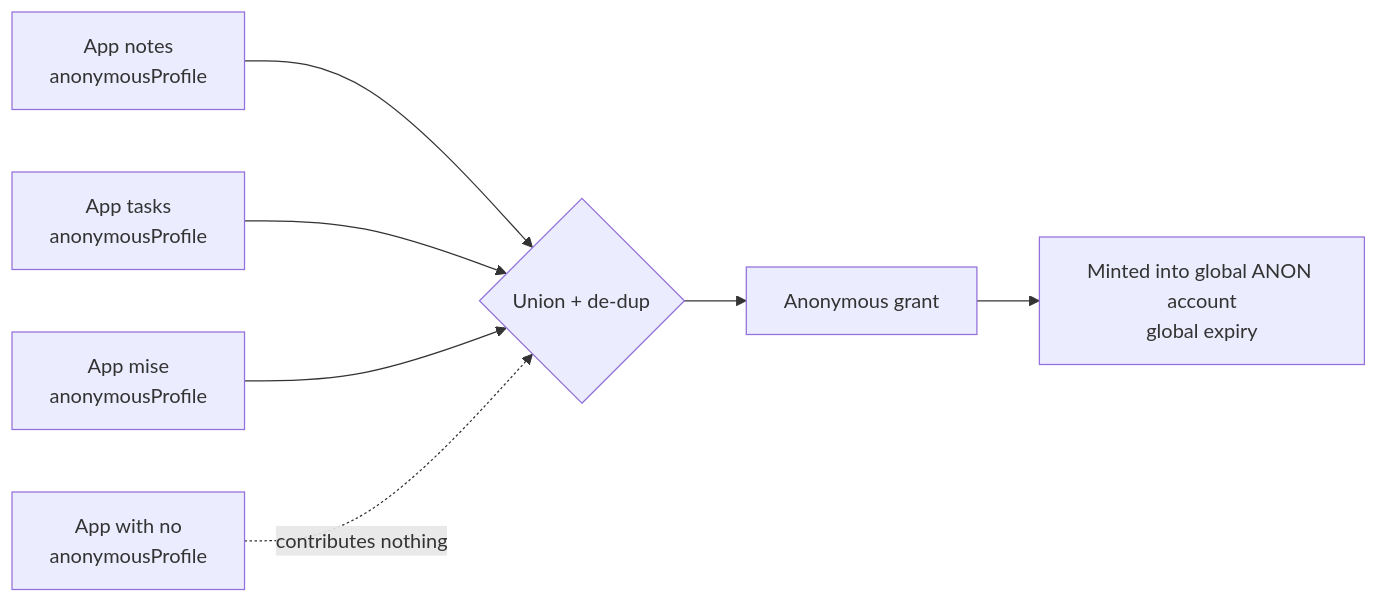
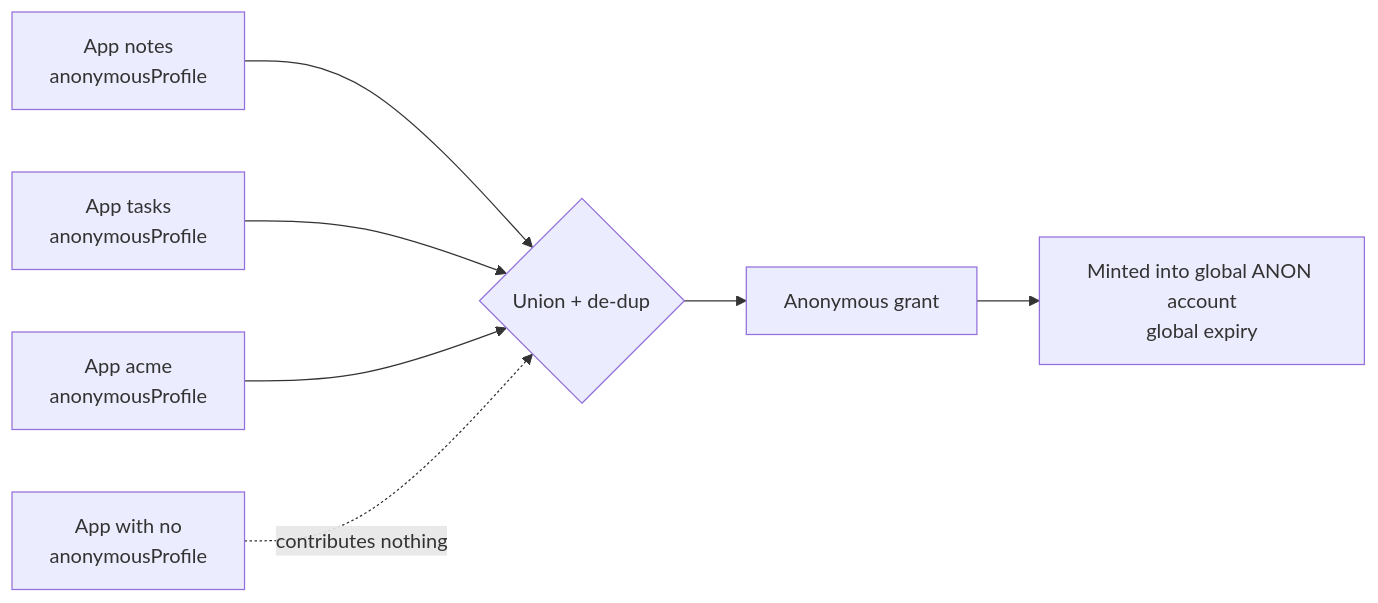
The fourth of 5 diagrams in docs/design/02-authorization-model.md (ryandanthony/nats-auth-callout-service), drawn with Mermaid before and after one commit. The commit also changed other lines of this file and 8 other files, not shown here.

````diff
--- a/docs/design/02-authorization-model.md
+++ b/docs/design/02-authorization-model.md
@@ -160,9 +160,9 @@
 ```mermaid
 flowchart LR
   a1[App notes\nanonymousProfile] --> u{Union + de-dup}
   a2[App tasks\nanonymousProfile] --> u
-  a3[App mise\nanonymousProfile] --> u
+  a3[App acme\nanonymousProfile] --> u
   a4[App with no\nanonymousProfile] -. contributes nothing .-> u
   u --> g[Anonymous grant]
   g --> acct[Minted into global ANON account\nglobal expiry]
 ```
````
